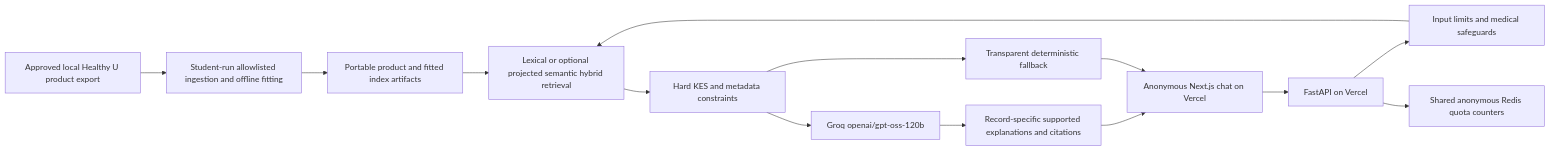
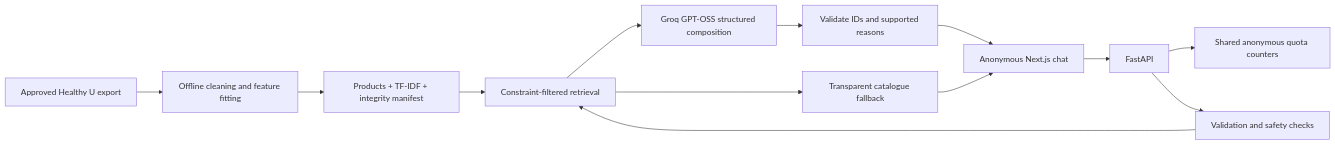
The diagram in README.md (afrochic/RetailAssistant), drawn with Mermaid before and after one commit. The commit also changed other lines of this file and 92 other files, not shown here.

````diff
--- a/README.md
+++ b/README.md
@@ -13,16 +19,15 @@
 ```mermaid
 flowchart LR
-  HU[Approved local Healthy U product export] --> OFF[Student-run allowlisted ingestion and offline fitting]
-  OFF --> ART[Portable product and fitted index artifacts]
-  WEB[Anonymous Next.js chat on Vercel] --> API[FastAPI on Vercel]
-  API --> SAFE[Input limits and medical safeguards]
-  SAFE --> RET[Lexical or optional projected semantic hybrid retrieval]
-  ART --> RET
-  RET --> CONS[Hard KES and metadata constraints]
-  CONS --> GROQ[Groq openai/gpt-oss-120b]
-  GROQ --> VALID[Record-specific supported explanations and citations]
-  CONS --> FALL[Transparent deterministic fallback]
-  VALID --> WEB
-  FALL --> WEB
-  API --> LIMIT[Shared anonymous Redis quota counters]
+    HU[Approved Healthy U export] --> PRE[Offline cleaning and feature fitting]
+    PRE --> ART[Products + TF-IDF + integrity manifest]
+    WEB[Anonymous Next.js chat] --> API[FastAPI]
+    API --> LIMIT[Shared anonymous quota counters]
+    API --> SAFE[Validation and safety checks]
+    SAFE --> RET[Constraint-filtered retrieval]
+    ART --> RET
+    RET --> GROQ[Groq GPT-OSS structured composition]
+    GROQ --> CHECK[Validate IDs and supported reasons]
+    CHECK --> WEB
+    RET --> FALL[Transparent catalogue fallback]
+    FALL --> WEB
 ```
````
